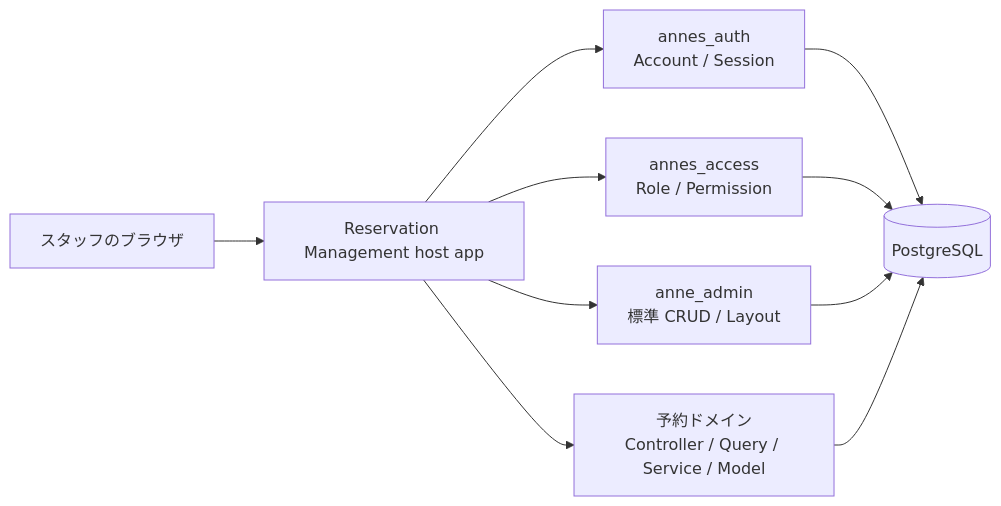
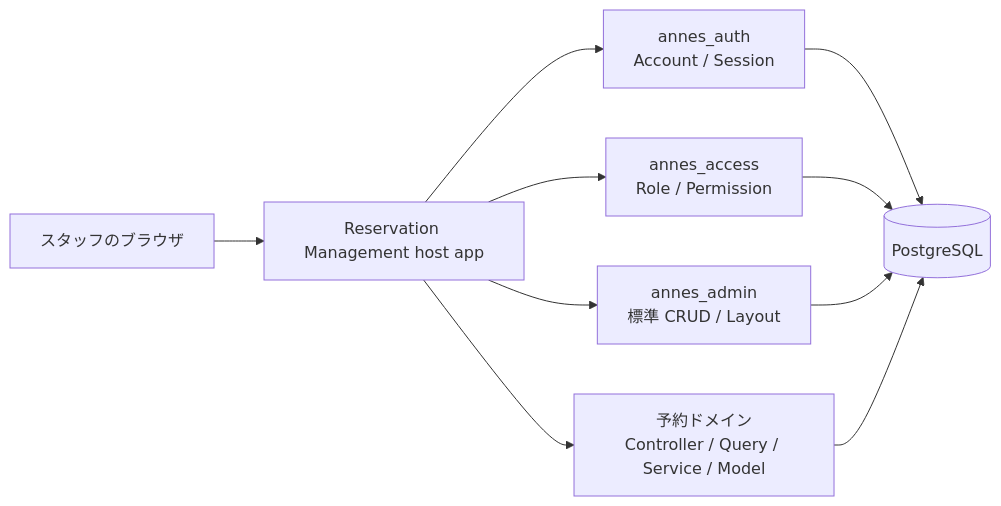
Before and after one commit to quartet-labo/annes_engine: the first of 3 diagrams in examples/resavation_management/docs/design.md, drawn with Mermaid. The commit also changed other lines of this file and 259 other files, not shown here.

Commit message:
refactor(admin): rename package and namespace to AnnesAdmin

````diff
--- a/examples/resavation_management/docs/design.md
+++ b/examples/resavation_management/docs/design.md
@@ -11,12 +11,12 @@
 ```mermaid
 flowchart LR
     Browser["スタッフのブラウザ"] --> Host["Reservation Management host app"]
     Host --> Auth["annes_auth\nAccount / Session"]
     Host --> Access["annes_access\nRole / Permission"]
-    Host --> Admin["anne_admin\n標準 CRUD / Layout"]
+    Host --> Admin["annes_admin\n標準 CRUD / Layout"]
     Host --> Domain["予約ドメイン\nController / Query / Service / Model"]
     Auth --> DB[(PostgreSQL)]
     Access --> DB
     Admin --> DB
     Domain --> DB
 ```
````
